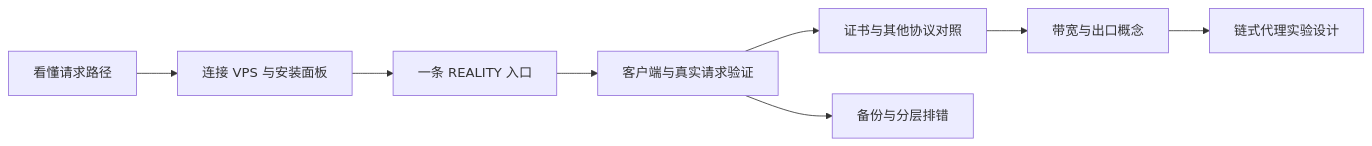
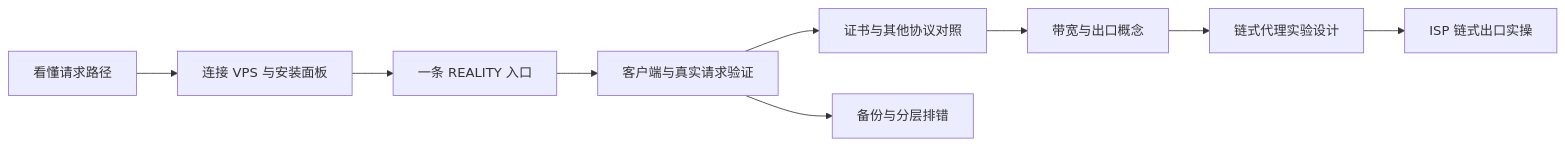
Before and after one commit to Tycalwayslove/vps-tutorial: the diagram in 00-导航/学习路线.md, drawn with Mermaid. The commit also changed other lines of this file and 6 other files, not shown here.

````diff
--- a/00-导航/学习路线.md
+++ b/00-导航/学习路线.md
@@ -7,10 +7,11 @@
 ```mermaid
 flowchart LR
   A[看懂请求路径] --> B[连接 VPS 与安装面板]
   B --> C[一条 REALITY 入口]
   C --> D[客户端与真实请求验证]
   D --> E[证书与其他协议对照]
   D --> F[备份与分层排错]
   E --> G[带宽与出口概念]
   G --> H[链式代理实验设计]
+  H --> I[ISP 链式出口实操]
 ```
````
